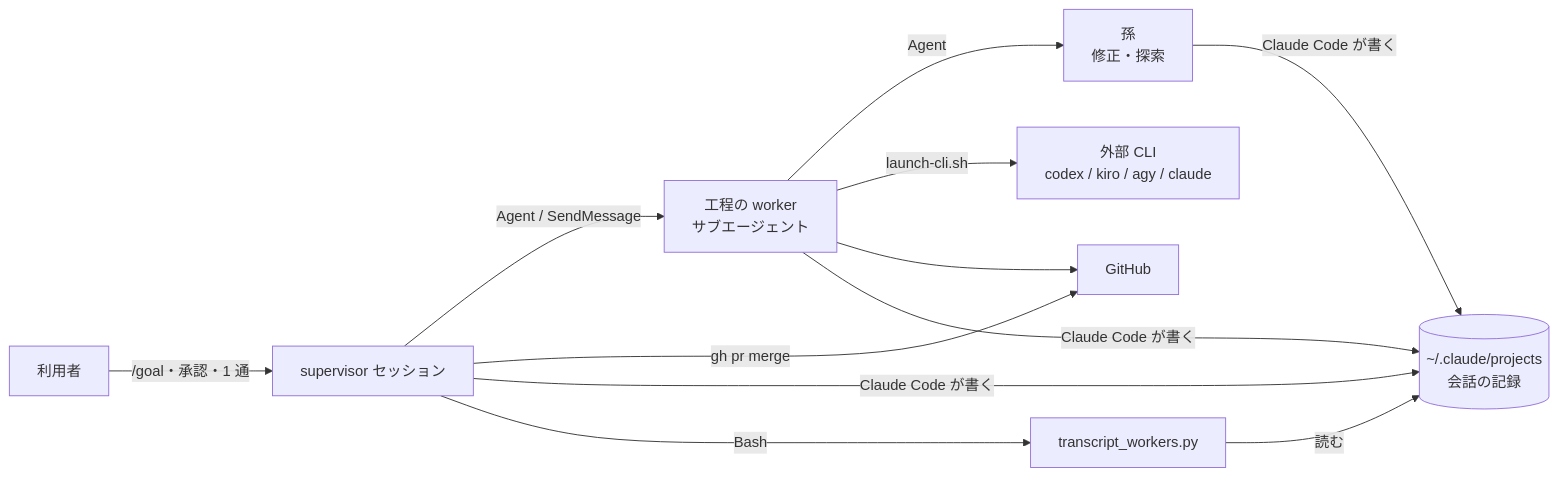
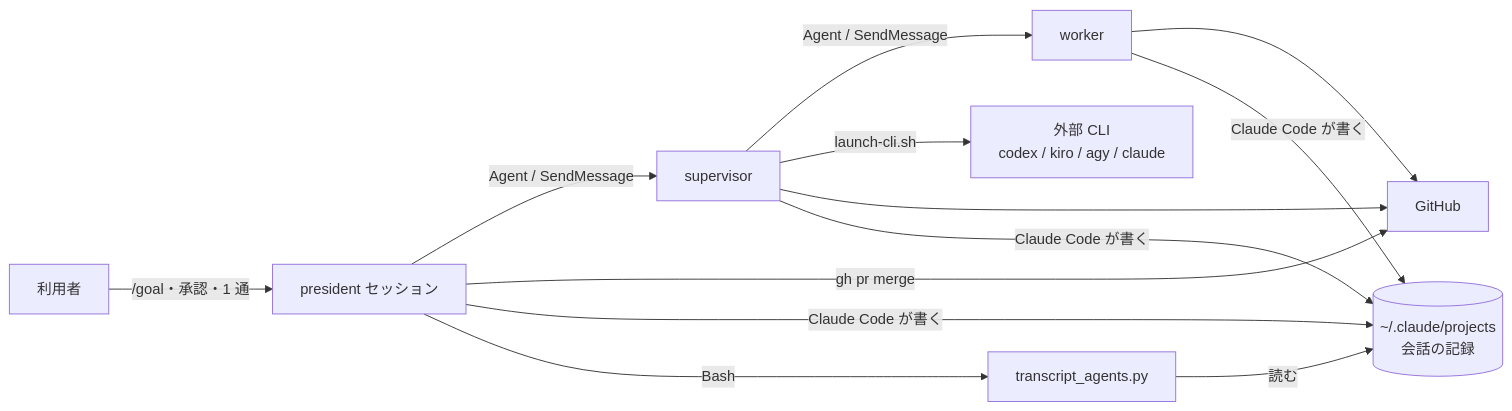
The third of 6 diagrams in issues/issue-550-657-design.md (devbasex/ai-plugins), drawn with Mermaid before and after one commit. The commit also changed other lines of this file and 2 other files, not shown here.

First line of the commit message:
Docs: 3 層（president / supervisor / worker）で設計し直す（#550 #657）

````diff
--- a/issues/issue-550-657-design.md
+++ b/issues/issue-550-657-design.md
@@ -245,12 +289,13 @@
 ```mermaid
 graph LR
-    H[利用者] -->|/goal・承認・1 通| P[supervisor セッション]
-    P -->|Agent / SendMessage| W[工程の worker<br/>サブエージェント]
-    W -->|Agent| G[孫<br/>修正・探索]
-    W -->|launch-cli.sh| X[外部 CLI<br/>codex / kiro / agy / claude]
-    W --> GH[GitHub]
+    H[利用者] -->|/goal・承認・1 通| P[president セッション]
+    P -->|Agent / SendMessage| S[supervisor]
+    S -->|Agent / SendMessage| W[worker]
+    S -->|launch-cli.sh| X[外部 CLI<br/>codex / kiro / agy / claude]
+    S --> GH[GitHub]
+    W --> GH
     P -->|gh pr merge| GH
-    P & W & G -->|Claude Code が書く| T[(~/.claude/projects<br/>会話の記録)]
-    TW[transcript_workers.py] -->|読む| T
-    P -->|Bash| TW
+    P & S & W -->|Claude Code が書く| T[(~/.claude/projects<br/>会話の記録)]
+    TA[transcript_agents.py] -->|読む| T
+    P -->|Bash| TA
 ```
````
